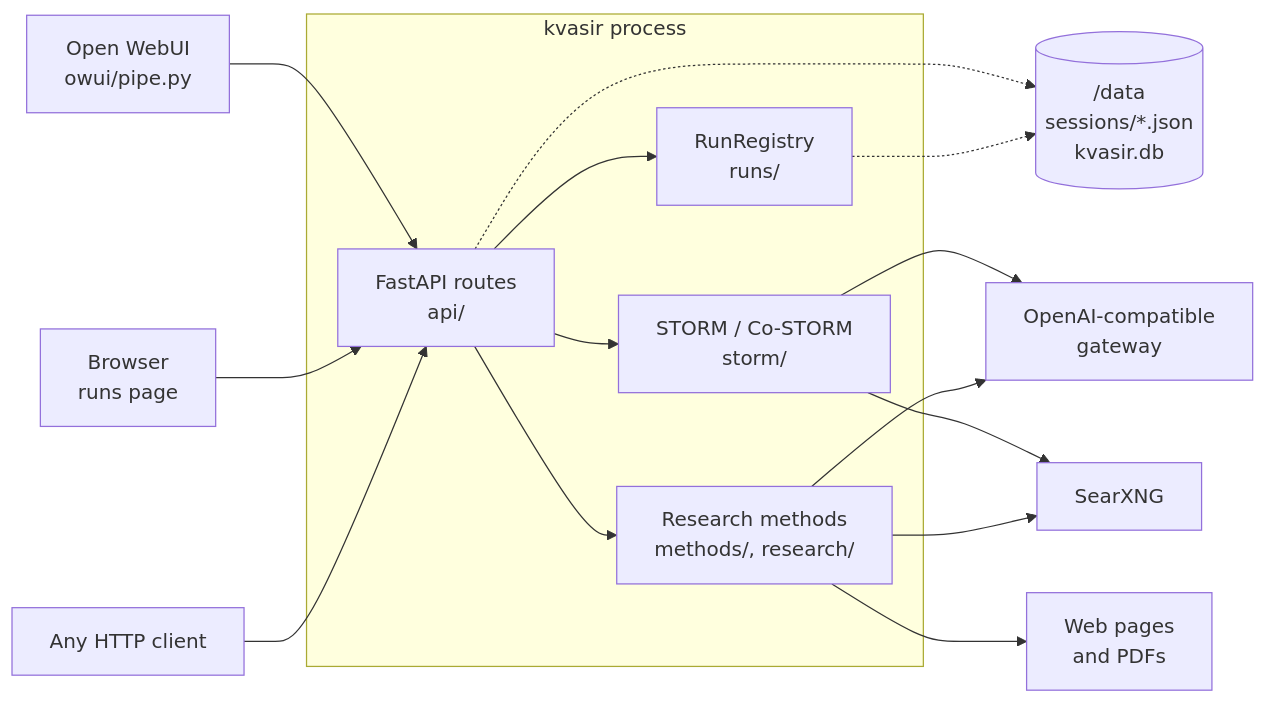
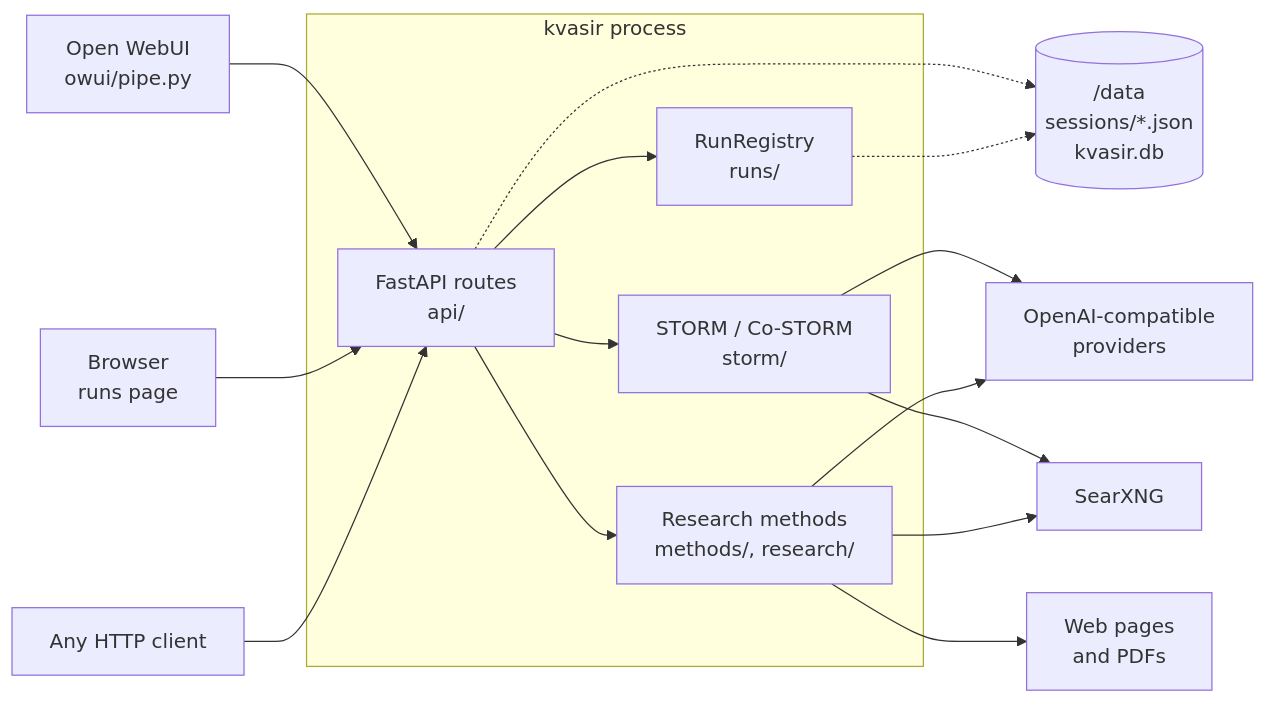
The first of 6 diagrams in docs/architecture.md (brewcoua/kvasir), drawn with Mermaid before and after one commit. The commit also changed other lines of this file and 36 other files, not shown here.

````diff
--- a/docs/architecture.md
+++ b/docs/architecture.md
@@ -17,32 +17,32 @@
 ```mermaid
 flowchart LR
     owui["Open WebUI<br/>owui/pipe.py"]
     browser["Browser<br/>runs page"]
     curl["Any HTTP client"]
 
     subgraph kvasir["kvasir process"]
         api["FastAPI routes<br/>api/"]
         registry["RunRegistry<br/>runs/"]
         storm["STORM / Co-STORM<br/>storm/"]
         deep["Research methods<br/>methods/, research/"]
     end
 
-    gateway["OpenAI-compatible<br/>gateway"]
+    gateway["OpenAI-compatible<br/>providers"]
     searxng["SearXNG"]
     web["Web pages<br/>and PDFs"]
     data[("/data<br/>sessions/*.json<br/>kvasir.db")]
 
     owui --> api
     browser --> api
     curl --> api
     api --> registry
     api --> storm
     api --> deep
     storm --> gateway
     storm --> searxng
     deep --> gateway
     deep --> searxng
     deep --> web
     api -.-> data
     registry -.-> data
 ```
````
